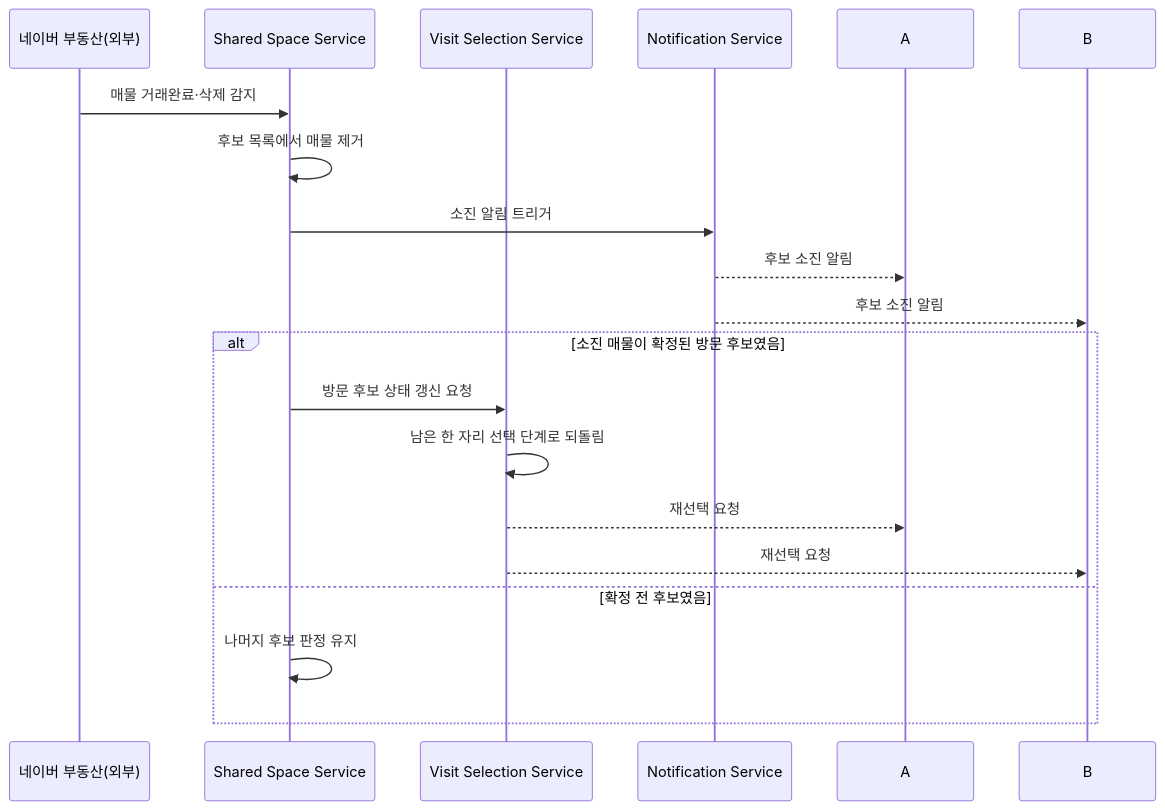
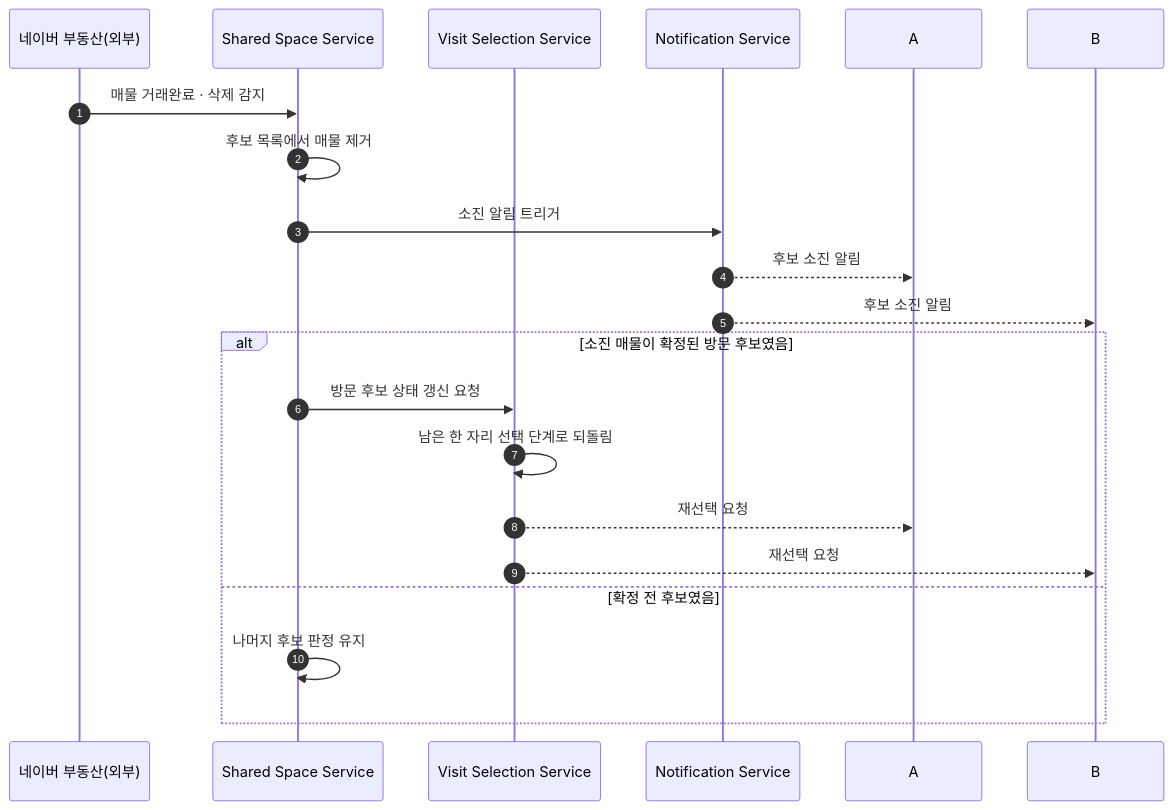
Diagram 16 of 23 in SRS_project/같이보기-technical-design-v1_0.md (soobworks/SRS_project), drawn with Mermaid before and after one commit. The commit also changed other lines of this file and 1 other file, not shown here.

````diff
--- a/SRS_project/같이보기-technical-design-v1_0.md
+++ b/SRS_project/같이보기-technical-design-v1_0.md
@@ -307,23 +725,24 @@
 ```mermaid
 sequenceDiagram
+    autonumber
     participant NV as 네이버 부동산(외부)
     participant SSS as Shared Space Service
     participant VSS as Visit Selection Service
     participant Notif as Notification Service
     participant A as A
     participant B as B
 
-    NV->>SSS: 매물 거래완료·삭제 감지
+    NV->>SSS: 매물 거래완료 · 삭제 감지
     SSS->>SSS: 후보 목록에서 매물 제거
     SSS->>Notif: 소진 알림 트리거
     Notif-->>A: 후보 소진 알림
     Notif-->>B: 후보 소진 알림
     alt 소진 매물이 확정된 방문 후보였음
         SSS->>VSS: 방문 후보 상태 갱신 요청
         VSS->>VSS: 남은 한 자리 선택 단계로 되돌림
         VSS-->>A: 재선택 요청
         VSS-->>B: 재선택 요청
     else 확정 전 후보였음
         SSS->>SSS: 나머지 후보 판정 유지
     end
 ```
````
